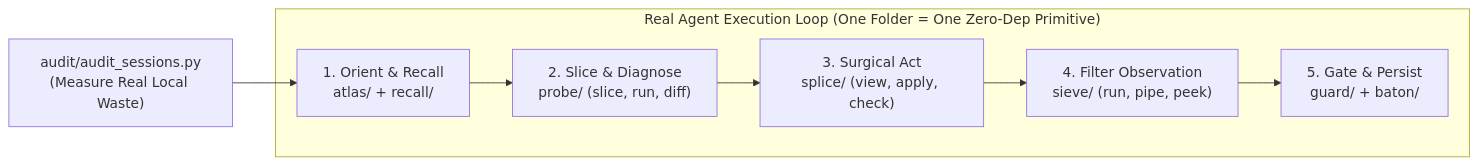
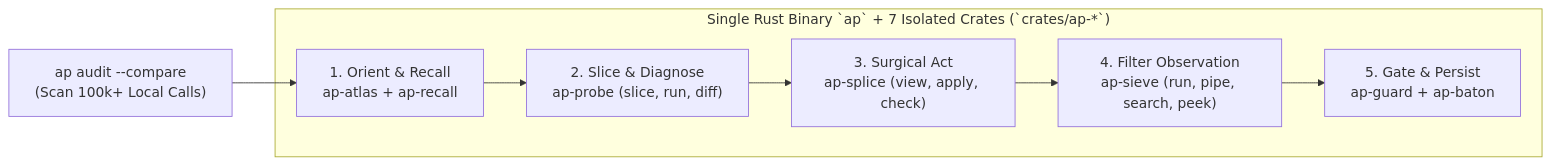
Before and after one commit to xgbtxy/agent-primitives: the diagram in DESIGN.md, drawn with Mermaid. The commit also changed other lines of this file and 89 other files, not shown here.

First line of the commit message:
feat(v1.0.0): rewrite agent-primitives as pure-Rust single-binary engine

````diff
--- a/DESIGN.md
+++ b/DESIGN.md
@@ -34,10 +36,10 @@
 ```mermaid
 flowchart LR
-    Audit["audit/audit_sessions.py<br/>(Measure Real Local Waste)"] --> Stage1
-    subgraph Loop["Real Agent Execution Loop (One Folder = One Zero-Dep Primitive)"]
-        Stage1["1. Orient & Recall<br/>atlas/ + recall/"] --> Stage2["2. Slice & Diagnose<br/>probe/ (slice, run, diff)"]
-        Stage2 --> Stage3["3. Surgical Act<br/>splice/ (view, apply, check)"]
-        Stage3 --> Stage4["4. Filter Observation<br/>sieve/ (run, pipe, peek)"]
-        Stage4 --> Stage5["5. Gate & Persist<br/>guard/ + baton/"]
+    Audit["ap audit --compare<br/>(Scan 100k+ Local Calls)"] --> Stage1
+    subgraph Loop["Single Rust Binary `ap` + 7 Isolated Crates (`crates/ap-*`)"]
+        Stage1["1. Orient & Recall<br/>ap-atlas + ap-recall"] --> Stage2["2. Slice & Diagnose<br/>ap-probe (slice, run, diff)"]
+        Stage2 --> Stage3["3. Surgical Act<br/>ap-splice (view, apply, check)"]
+        Stage3 --> Stage4["4. Filter Observation<br/>ap-sieve (run, pipe, search, peek)"]
+        Stage4 --> Stage5["5. Gate & Persist<br/>ap-guard + ap-baton"]
     end
 ```
````
